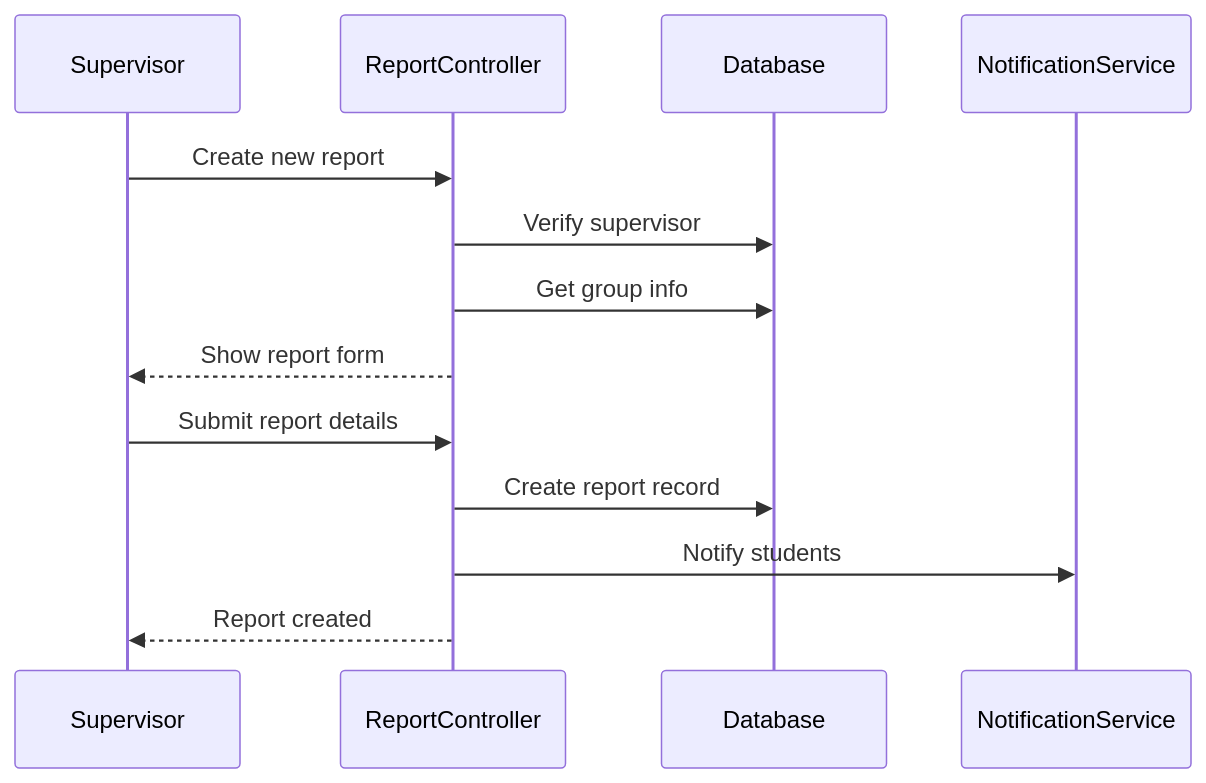
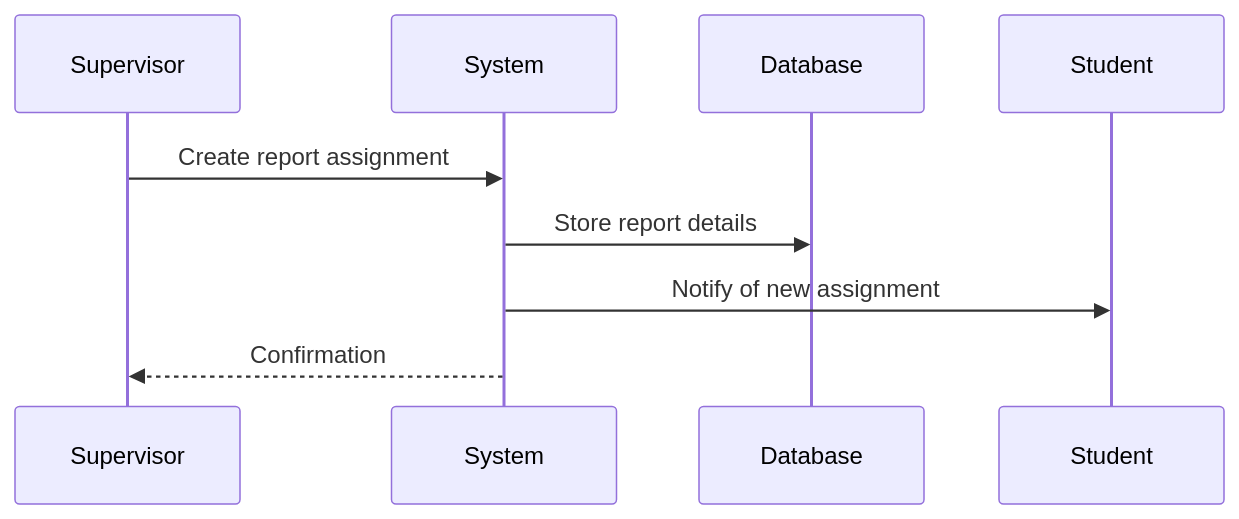
Before and after one commit to abdullah2323442/thesisrepo-backup: the fifth of 16 diagrams in sequence.md, drawn with Mermaid. The commit also changed other lines of this file, not shown here.

Commit message:
refactor(sequence-diagrams): Revise sequence diagrams for improved clarity and organization of system workflows

````diff
--- a/sequence.md
+++ b/sequence.md
@@ -158,16 +95,12 @@
 ```mermaid
 sequenceDiagram
-    participant Su as Supervisor
-    participant RC as ReportController
-    participant DB as Database
-    participant N as NotificationService
+    participant Supervisor
+    participant System
+    participant Database
+    participant Student
 
-    Su->>RC: Create new report
-    RC->>DB: Verify supervisor
-    RC->>DB: Get group info
-    RC-->>Su: Show report form
-    Su->>RC: Submit report details
-    RC->>DB: Create report record
-    RC->>N: Notify students
-    RC-->>Su: Report created
+    Supervisor->>System: Create report assignment
+    System->>Database: Store report details
+    System->>Student: Notify of new assignment
+    System-->>Supervisor: Confirmation
 ```
````
